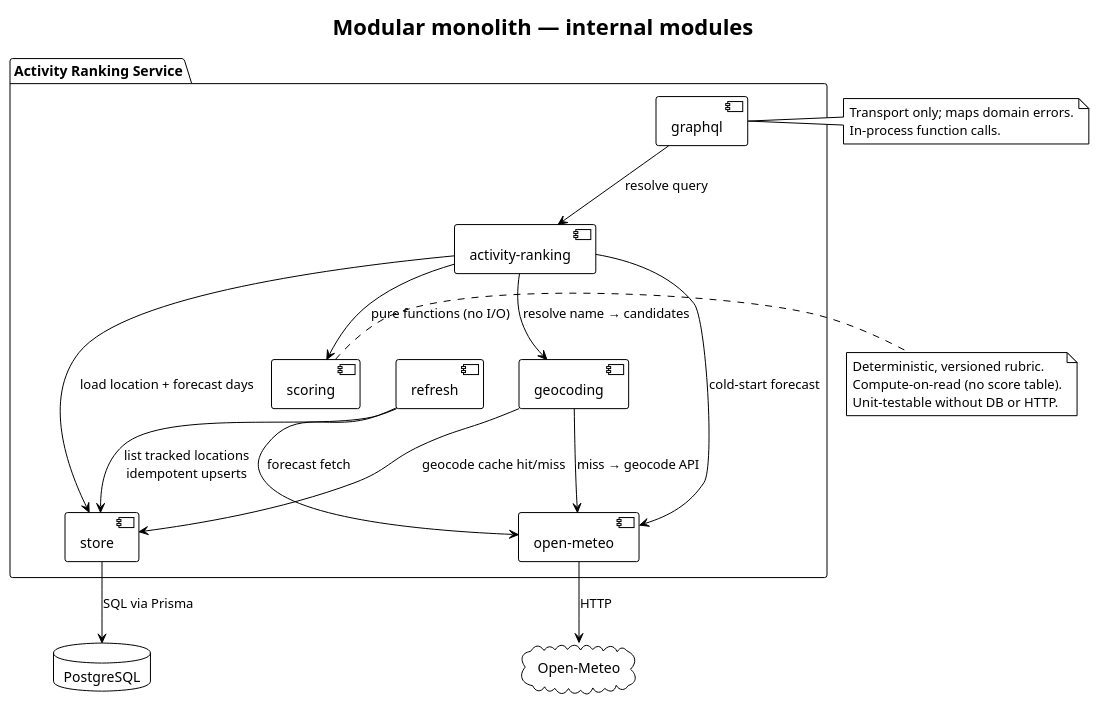
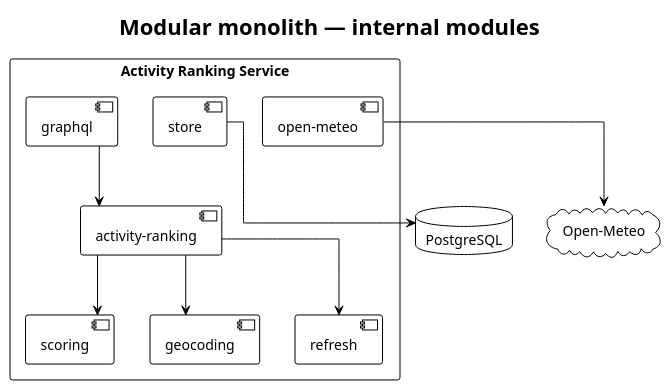
The diagram in docs/diagrams/03-modules.puml (Takadza/weather-activity-ranking-service), drawn with PlantUML before and after one commit. The commit also changed 30 other files, not shown here.

```diff
--- a/docs/diagrams/03-modules.puml
+++ b/docs/diagrams/03-modules.puml
@@ -1,41 +1,28 @@
 @startuml 03-modules
+' Presentation artifact: docs/diagrams/03-modules.svg (hand-authored for GitHub).
 !theme plain
+skinparam linetype ortho
+top to bottom direction
 title Modular monolith — internal modules
 
-package "Activity Ranking Service" {
-  [graphql] as GQL
-  [activity-ranking] as Rank
-  [scoring] as Score
-  [store] as Store
-  [refresh] as Refresh
-  [open-meteo] as OMClient
-  [geocoding] as Geo
+rectangle "Activity Ranking Service" {
+  component "graphql" as GQL
+  component "activity-ranking" as Rank
+  component "scoring" as Score
+  component "geocoding" as Geo
+  component "refresh" as Refresh
+  component "store" as Store
+  component "open-meteo" as OMClient
 }
 
 database "PostgreSQL" as PG
 cloud "Open-Meteo" as OM
 
-GQL --> Rank : resolve query
-Rank --> Store : load location + forecast days
-Rank --> Score : pure functions (no I/O)
-Rank --> Geo : resolve name → candidates
-Rank --> OMClient : cold-start forecast
-Geo --> Store : geocode cache hit/miss
-Geo --> OMClient : miss → geocode API
-Refresh --> Store : list tracked locations\nidempotent upserts
-Refresh --> OMClient : forecast fetch
-OMClient --> OM : HTTP
-Store --> PG : SQL via Prisma
-
-note right of Score
-  Deterministic, versioned rubric.
-  Compute-on-read (no score table).
-  Unit-testable without DB or HTTP.
-end note
-
-note right of GQL
-  Transport only; maps domain errors.
-  In-process function calls.
-end note
+GQL --> Rank
+Rank --> Score
+Rank --> Geo
+Rank --> Refresh
+Store --> PG
+OMClient --> OM
 
 @enduml
```
